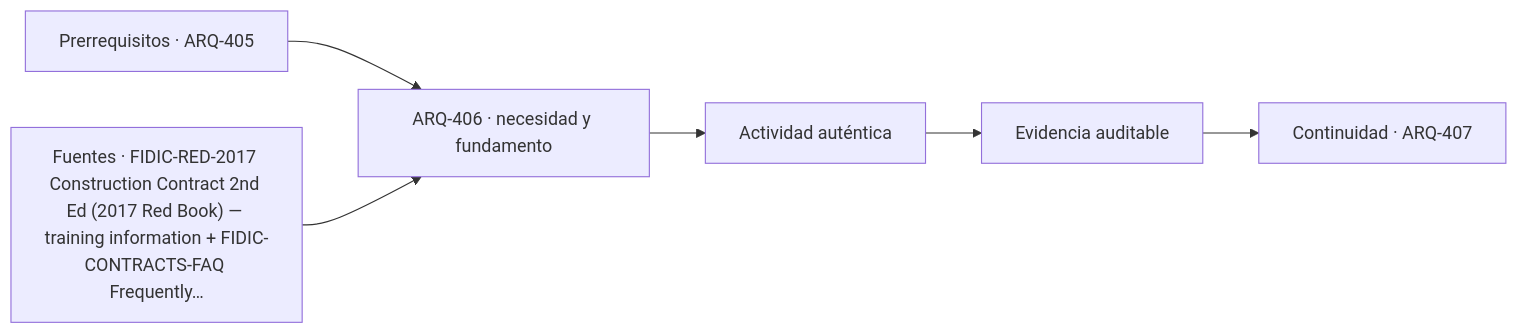
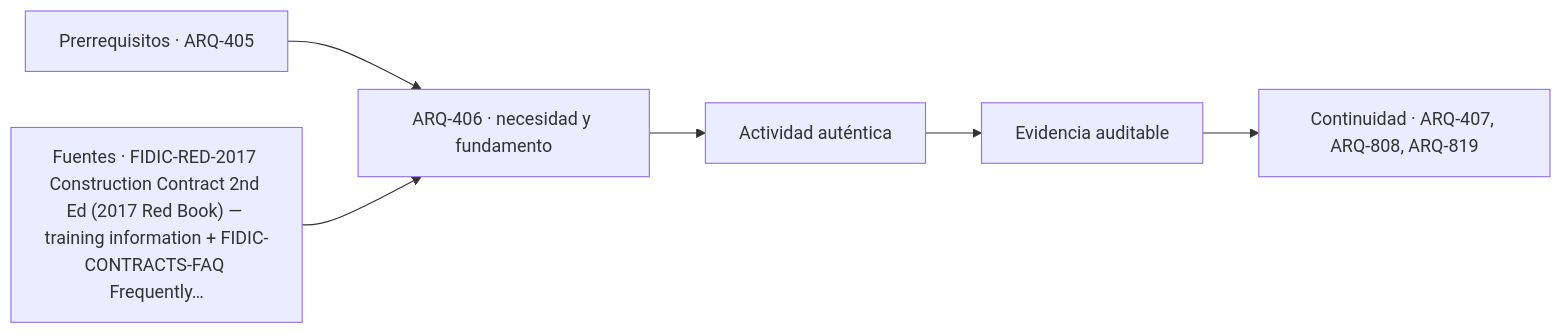
One commit to vladimiracunadev-create/architecture-built-environment-learning-program changed the diagram in classes/parte-41/ARQ-406.md. Above: the diagram before and after it, drawn with Mermaid. The commit also changed other lines of this file and 234 other files, not shown here.

````diff
--- a/classes/parte-41/ARQ-406.md
+++ b/classes/parte-41/ARQ-406.md
@@ -103,8 +103,8 @@
 ```mermaid
 flowchart LR
     A["Prerrequisitos · ARQ-405"] --> B["ARQ-406 · necesidad y fundamento"]
     S["Fuentes · FIDIC-RED-2017 Construction Contract 2nd Ed (2017 Red Book) — training information + FIDIC-CONTRACTS-FAQ Frequently…"] --> B
     B --> C["Actividad auténtica"]
     C --> D["Evidencia auditable"]
-    D --> E["Continuidad · ARQ-407"]
+    D --> E["Continuidad · ARQ-407, ARQ-808, ARQ-819"]
 ```
````
